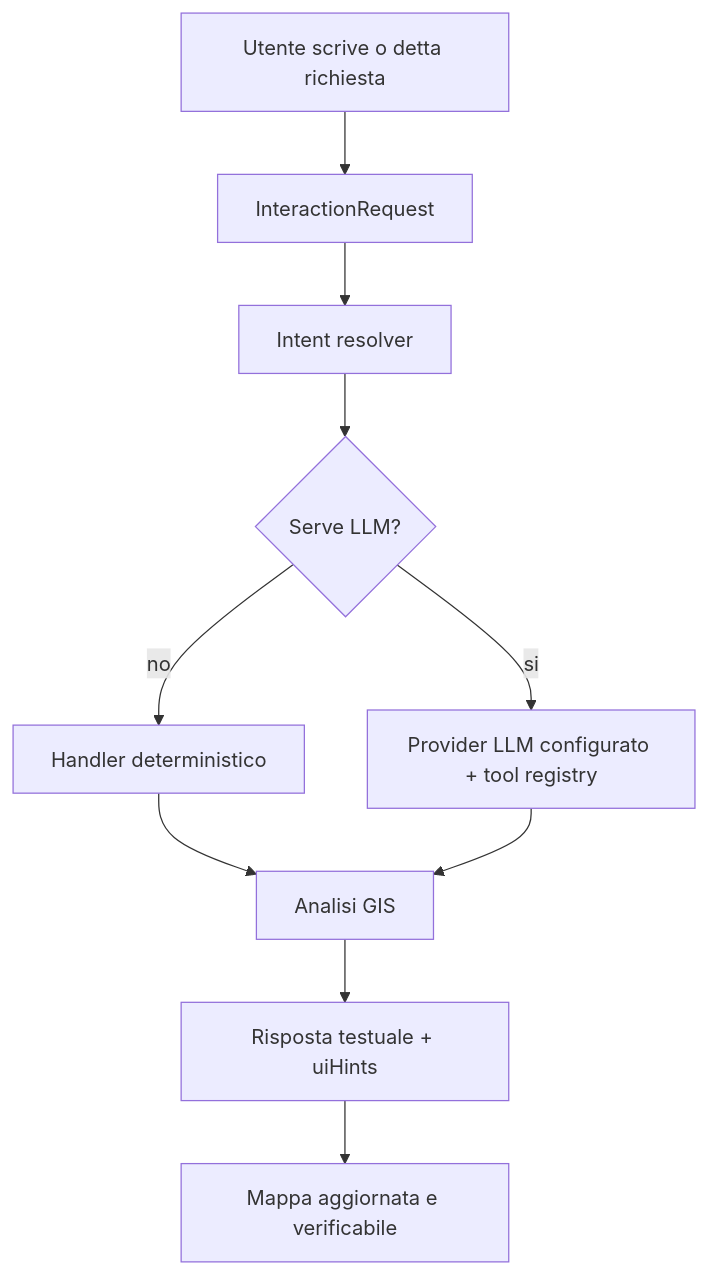
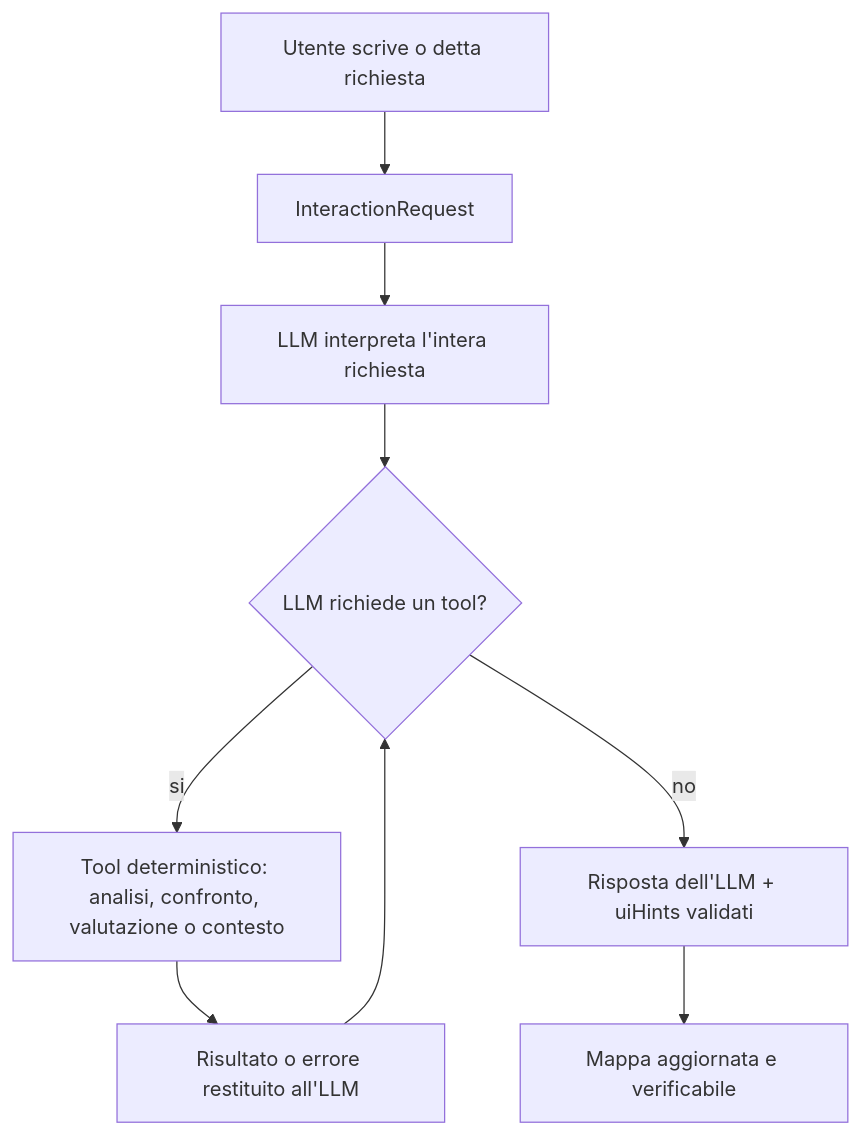
One commit to matthew-2000/CartaNatura changed the second of 2 diagrams in docs/architecture.md. Above: the diagram before and after it, drawn with Mermaid. The commit also changed other lines of this file and 8 other files, not shown here.

````diff
--- a/docs/architecture.md
+++ b/docs/architecture.md
@@ -110,12 +111,11 @@
 ```mermaid
 flowchart TD
   A["Utente scrive o detta richiesta"] --> B["InteractionRequest"]
-  B --> C["Intent resolver"]
-  C --> D{"Serve LLM?"}
-  D -->|no| E["Handler deterministico"]
-  D -->|si| F["Provider LLM configurato + tool registry"]
-  E --> G["Analisi GIS"]
-  F --> G
-  G --> H["Risposta testuale + uiHints"]
+  B --> C["LLM interpreta l'intera richiesta"]
+  C --> D{"LLM richiede un tool?"}
+  D -->|si| E["Tool deterministico: analisi, confronto, valutazione o contesto"]
+  E --> F["Risultato o errore restituito all'LLM"]
+  F --> D
+  D -->|no| H["Risposta dell'LLM + uiHints validati"]
   H --> I["Mappa aggiornata e verificabile"]
 ```
````
